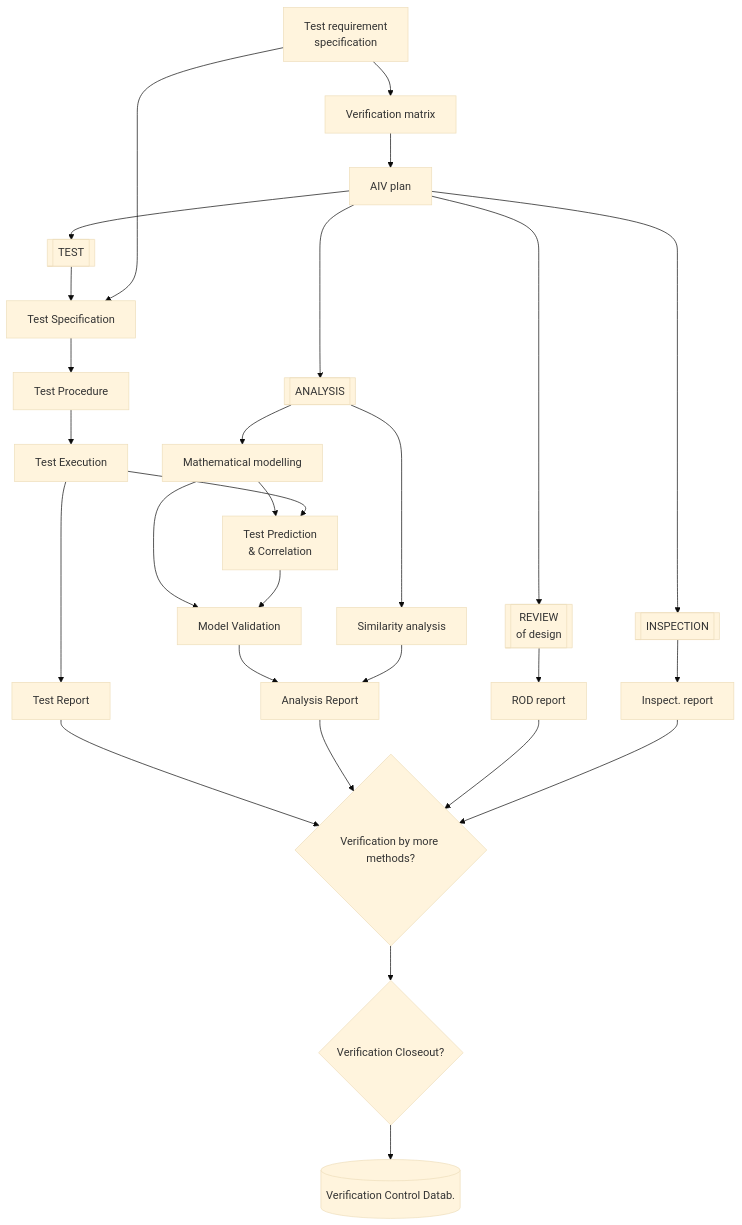
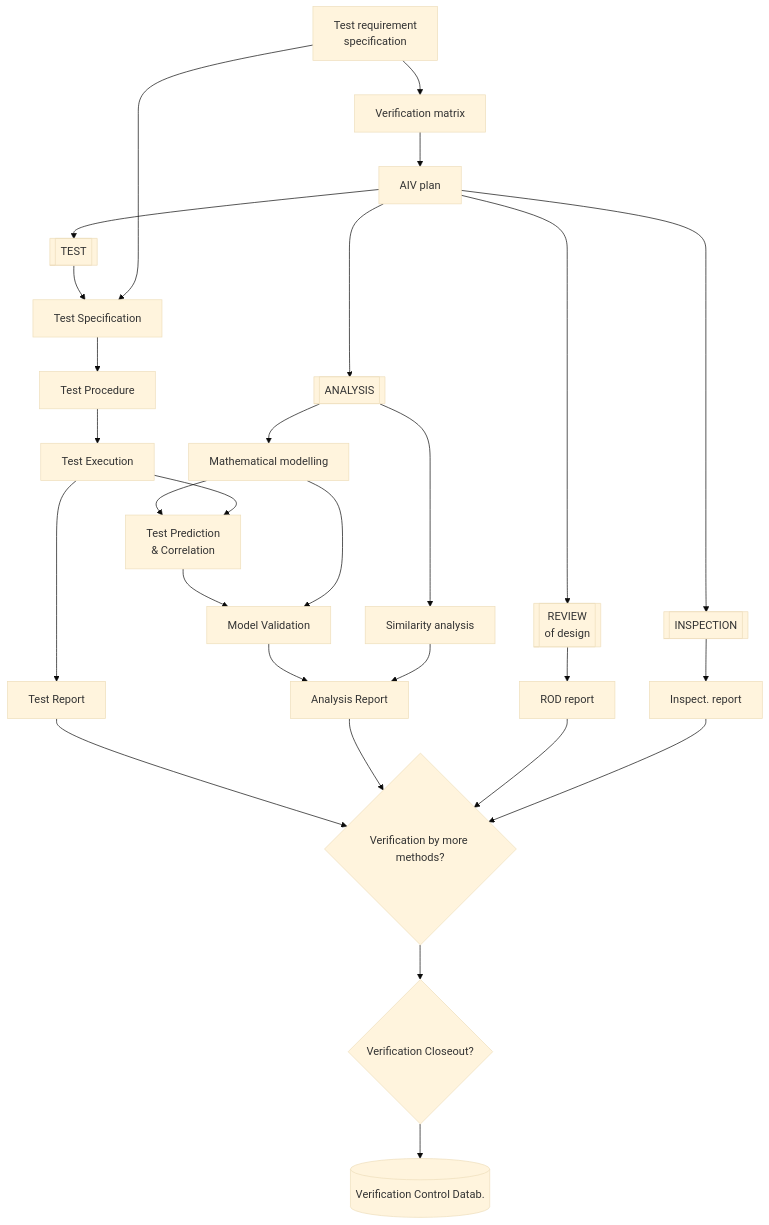
Before and after one commit to limu007/quvik: the diagram in calib/Validation.md, drawn with Mermaid (base theme).

````diff
--- a/calib/Validation.md
+++ b/calib/Validation.md
@@ -3,48 +3,48 @@
 ```mermaid
 flowchart TD
 
   TRS["`Test requirement
   specification`"]
   VM["Verification matrix"]
   VCD[(Verification Control Datab.)]
 
   AIV["AIV plan"]
 
     TEST[["TEST"]]
     INS[["INSPECTION"]]
     ANAL[["ANALYSIS"]]
     ROD[["`REVIEW
     of design`"]]
 
   TS["Test Specification"]
   TP["Test Procedure"]
   TE["Test Execution"]
   TPC["`Test Prediction
 & Correlation`"]
   TR["Test Report"]
 
   IR["Inspect. report"]
   MM["Mathematical modelling"]
   MV["Model Validation"]
   SM["Similarity analysis"]
   AR["Analysis Report"]
 
   RR["ROD report"]
 
   meth{"Verification by more methods?"}
   close{"Verification Closeout?"}
   
   TEST --> TS --> TP --> TE --> TR --> meth
   TRS --> VM --> AIV
   TRS --> TS
   AIV --> TEST
   AIV --> ANAL
-  ANAL --> MM --> MV --> AR
+  ANAL --> MM --> TPC --> MV --> AR
   ANAL --> SM --> AR --> meth
   AIV --> ROD --> RR --> meth
   AIV --> INS --> IR --> meth
-  MM --> TPC
-  TE --> TPC --> MV 
+  MM --> MV
+  TE --> TPC
   meth --> close --> VCD
 
 ```
````
